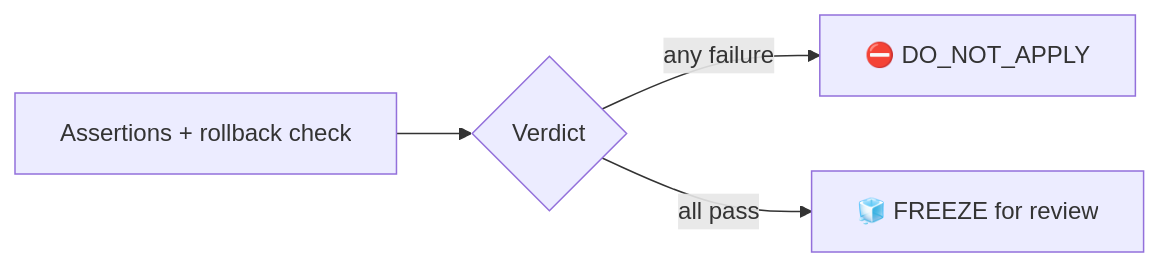
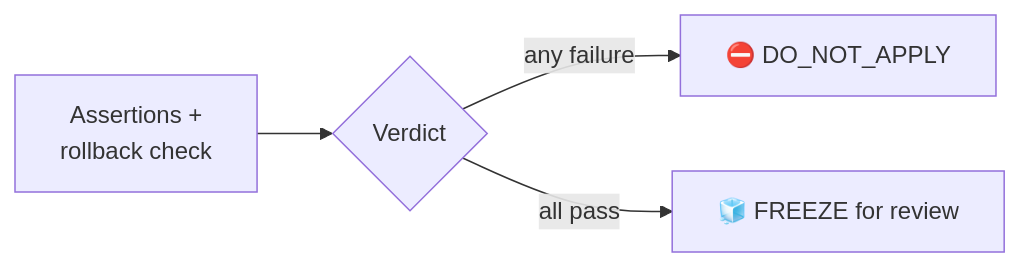
One commit to harshaxyZ/schemaforge changed the second of 7 diagrams in README.md. Above: the diagram before and after it, drawn with Mermaid. The commit also changed other lines of this file and 20 other files, not shown here.

````diff
--- a/README.md
+++ b/README.md
@@ -61,6 +71,6 @@
 ```mermaid
 flowchart LR
-    a["Assertions + rollback check"] --> v{"Verdict"}
+    a["Assertions +<br/>rollback check"] --> v{"Verdict"}
     v -->|any failure| stop["⛔ DO_NOT_APPLY"]
     v -->|all pass| freeze["🧊 FREEZE for review"]
 ```
````
